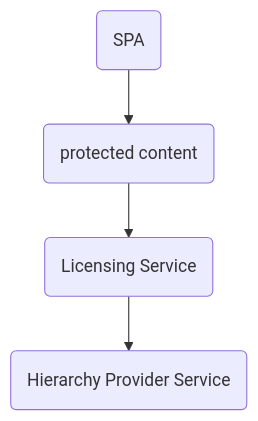
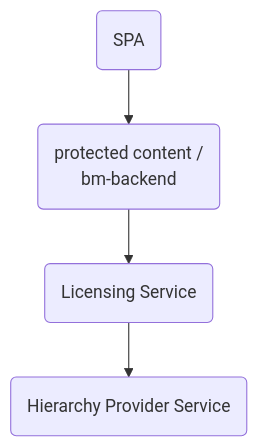
One commit to bettermarks/license-manager-POC changed the second of 4 diagrams in docs/service-communication.md. Above: the diagram before and after it, drawn with Mermaid. The commit also changed other lines of this file, not shown here.

````diff
--- a/docs/service-communication.md
+++ b/docs/service-communication.md
@@ -23,11 +23,11 @@
 ```mermaid
 flowchart TD
 SPA(SPA)
 HIPS(Hierarchy Provider Service)
 LICS(Licensing Service)
-APP(protected content)
+APP(protected content / <br> bm-backend)
 
 LICS-->HIPS;
 SPA-->APP;
 APP-->LICS
 ```
````
